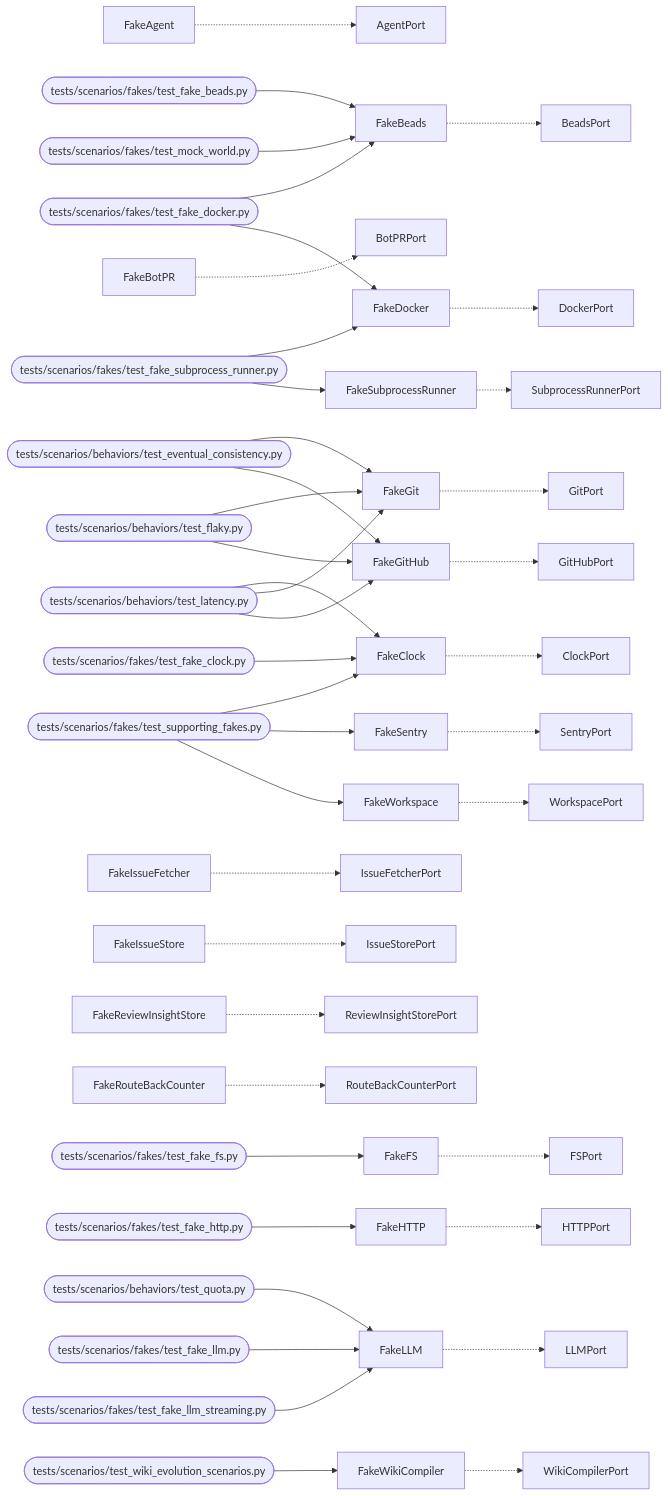
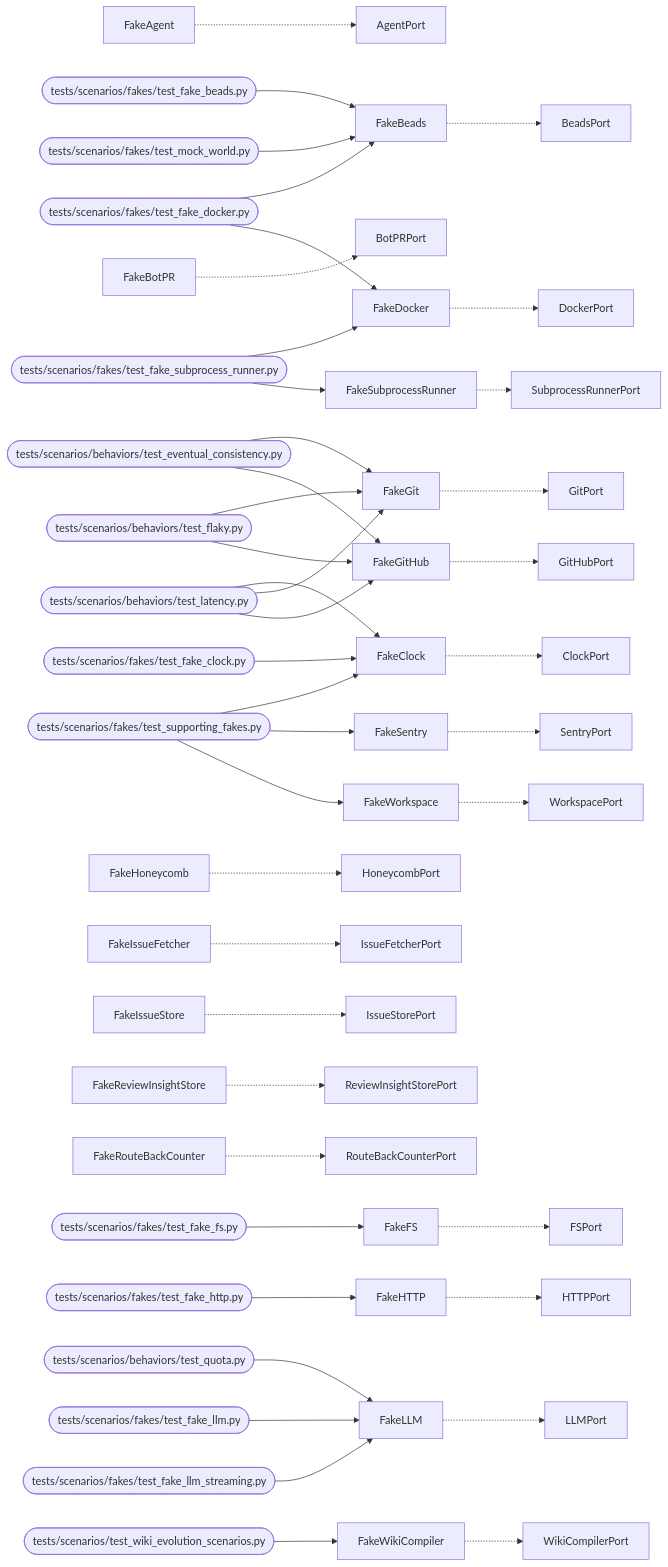
The diagram in docs/arch/generated/mockworld.md (T-rav/hydraflow), drawn with Mermaid before and after one commit. The commit also changed other lines of this file and 14 other files, not shown here.

Commit message:
fix(mockworld): include FakeHoneycomb in generated map

````diff
--- a/docs/arch/generated/mockworld.md
+++ b/docs/arch/generated/mockworld.md
@@ -32,44 +33,45 @@
 ```mermaid
 graph LR
     FakeAgent -.-> AgentPort
     FakeBeads -.-> BeadsPort
     tests_scenarios_fakes_test_fake_beads_py([tests/scenarios/fakes/test_fake_beads.py]) --> FakeBeads
     tests_scenarios_fakes_test_fake_docker_py([tests/scenarios/fakes/test_fake_docker.py]) --> FakeBeads
     tests_scenarios_fakes_test_mock_world_py([tests/scenarios/fakes/test_mock_world.py]) --> FakeBeads
     FakeBotPR -.-> BotPRPort
     FakeClock -.-> ClockPort
     tests_scenarios_behaviors_test_latency_py([tests/scenarios/behaviors/test_latency.py]) --> FakeClock
     tests_scenarios_fakes_test_fake_clock_py([tests/scenarios/fakes/test_fake_clock.py]) --> FakeClock
     tests_scenarios_fakes_test_supporting_fakes_py([tests/scenarios/fakes/test_supporting_fakes.py]) --> FakeClock
     FakeDocker -.-> DockerPort
     tests_scenarios_fakes_test_fake_docker_py([tests/scenarios/fakes/test_fake_docker.py]) --> FakeDocker
     tests_scenarios_fakes_test_fake_subprocess_runner_py([tests/scenarios/fakes/test_fake_subprocess_runner.py]) --> FakeDocker
     FakeFS -.-> FSPort
     tests_scenarios_fakes_test_fake_fs_py([tests/scenarios/fakes/test_fake_fs.py]) --> FakeFS
     FakeGit -.-> GitPort
     tests_scenarios_behaviors_test_eventual_consistency_py([tests/scenarios/behaviors/test_eventual_consistency.py]) --> FakeGit
     tests_scenarios_behaviors_test_flaky_py([tests/scenarios/behaviors/test_flaky.py]) --> FakeGit
     tests_scenarios_behaviors_test_latency_py([tests/scenarios/behaviors/test_latency.py]) --> FakeGit
     FakeGitHub -.-> GitHubPort
     tests_scenarios_behaviors_test_eventual_consistency_py([tests/scenarios/behaviors/test_eventual_consistency.py]) --> FakeGitHub
     tests_scenarios_behaviors_test_flaky_py([tests/scenarios/behaviors/test_flaky.py]) --> FakeGitHub
     tests_scenarios_behaviors_test_latency_py([tests/scenarios/behaviors/test_latency.py]) --> FakeGitHub
     FakeHTTP -.-> HTTPPort
     tests_scenarios_fakes_test_fake_http_py([tests/scenarios/fakes/test_fake_http.py]) --> FakeHTTP
+    FakeHoneycomb -.-> HoneycombPort
     FakeIssueFetcher -.-> IssueFetcherPort
     FakeIssueStore -.-> IssueStorePort
     FakeLLM -.-> LLMPort
     tests_scenarios_behaviors_test_quota_py([tests/scenarios/behaviors/test_quota.py]) --> FakeLLM
     tests_scenarios_fakes_test_fake_llm_py([tests/scenarios/fakes/test_fake_llm.py]) --> FakeLLM
     tests_scenarios_fakes_test_fake_llm_streaming_py([tests/scenarios/fakes/test_fake_llm_streaming.py]) --> FakeLLM
     FakeReviewInsightStore -.-> ReviewInsightStorePort
     FakeRouteBackCounter -.-> RouteBackCounterPort
     FakeSentry -.-> SentryPort
     tests_scenarios_fakes_test_supporting_fakes_py([tests/scenarios/fakes/test_supporting_fakes.py]) --> FakeSentry
     FakeSubprocessRunner -.-> SubprocessRunnerPort
     tests_scenarios_fakes_test_fake_subprocess_runner_py([tests/scenarios/fakes/test_fake_subprocess_runner.py]) --> FakeSubprocessRunner
     FakeWikiCompiler -.-> WikiCompilerPort
     tests_scenarios_test_wiki_evolution_scenarios_py([tests/scenarios/test_wiki_evolution_scenarios.py]) --> FakeWikiCompiler
     FakeWorkspace -.-> WorkspacePort
     tests_scenarios_fakes_test_supporting_fakes_py([tests/scenarios/fakes/test_supporting_fakes.py]) --> FakeWorkspace
 ```
````
